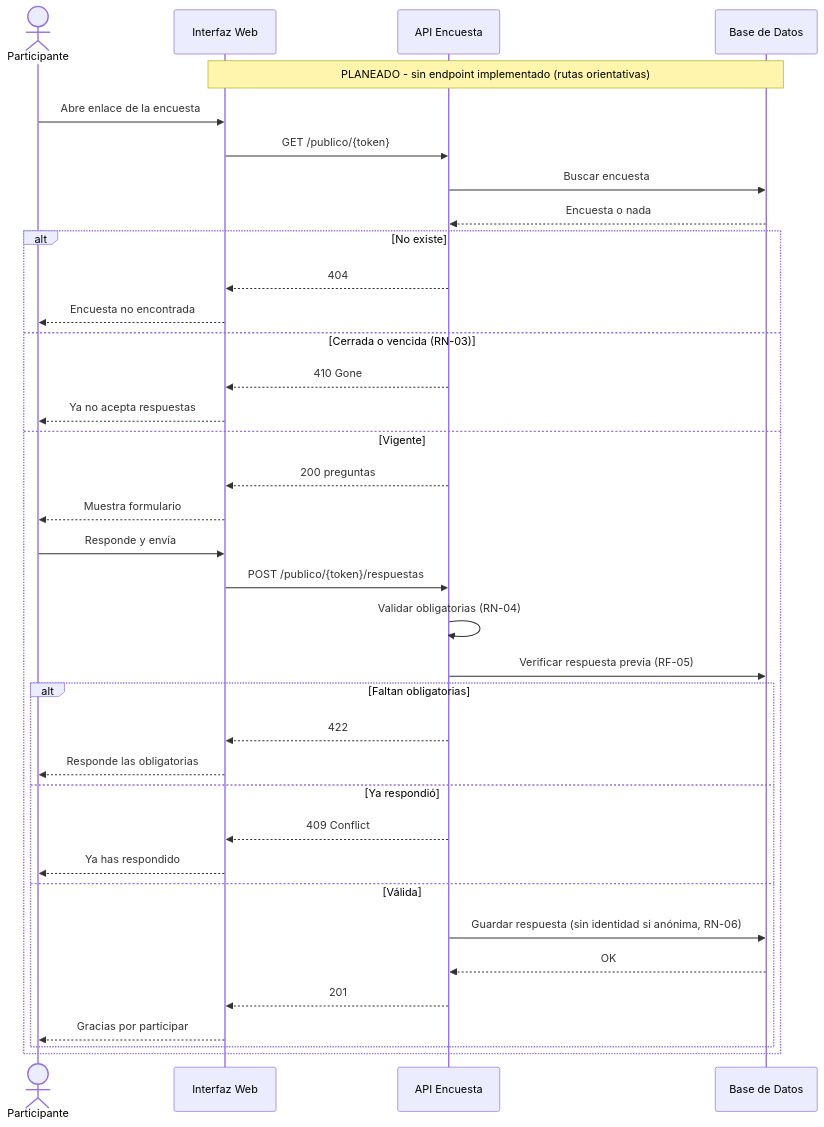
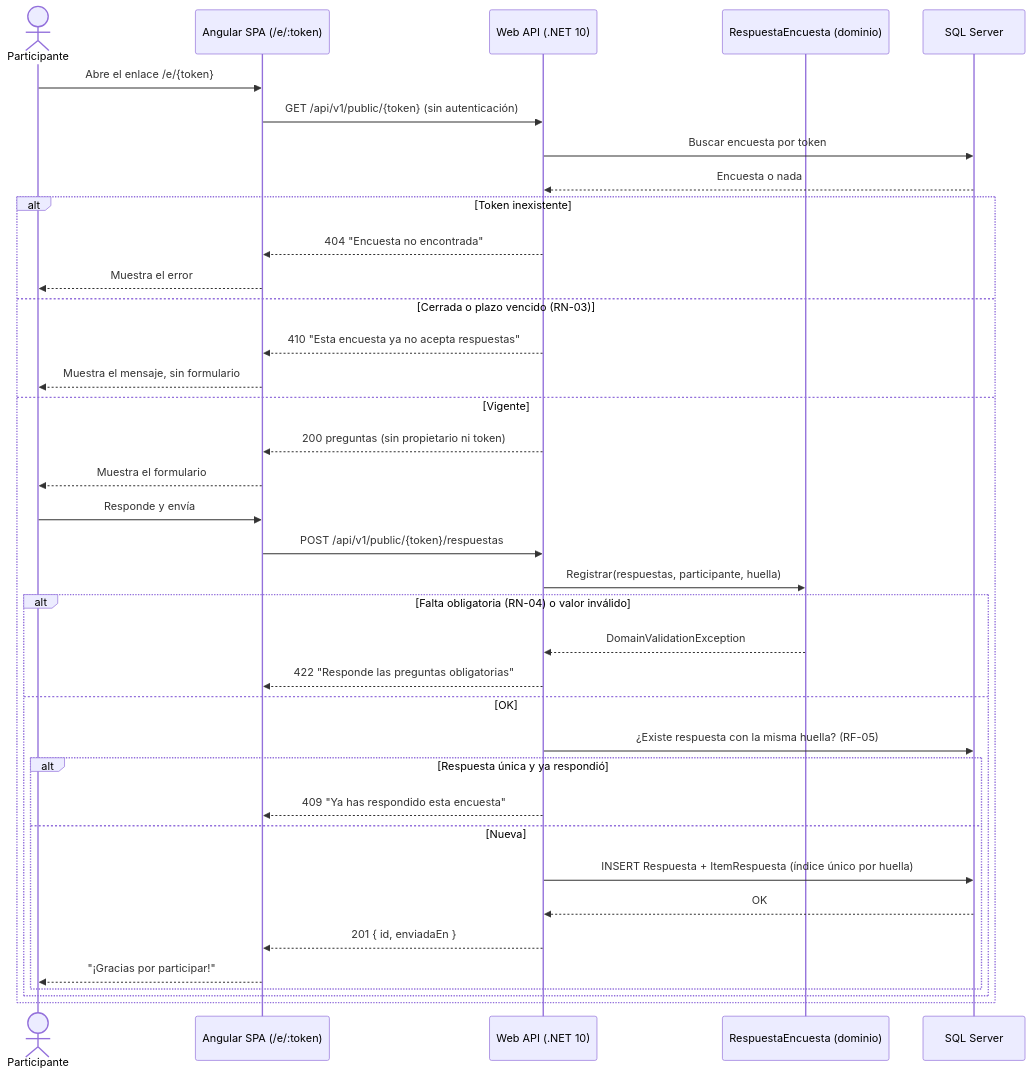
One commit to jhofran/Encuesta-Project-02 changed the diagram in docs/specs/functional/diagrams/03-responder-encuesta.mmd. Above: the diagram before and after it, drawn with Mermaid. The commit also changed 46 other files, not shown here.

```diff
--- a/docs/specs/functional/diagrams/03-responder-encuesta.mmd
+++ b/docs/specs/functional/diagrams/03-responder-encuesta.mmd
@@ -1,36 +1,37 @@
 sequenceDiagram
     actor P as Participante
-    participant UI as Interfaz Web
-    participant API as API Encuesta
-    participant DB as Base de Datos
-    Note over UI,DB: PLANEADO - sin endpoint implementado (rutas orientativas)
-    P->>UI: Abre enlace de la encuesta
-    UI->>API: GET /publico/{token}
-    API->>DB: Buscar encuesta
+    participant UI as Angular SPA (/e/:token)
+    participant API as Web API (.NET 10)
+    participant D as RespuestaEncuesta (dominio)
+    participant DB as SQL Server
+    P->>UI: Abre el enlace /e/{token}
+    UI->>API: GET /api/v1/public/{token} (sin autenticación)
+    API->>DB: Buscar encuesta por token
     DB-->>API: Encuesta o nada
-    alt No existe
-        API-->>UI: 404
-        UI-->>P: Encuesta no encontrada
-    else Cerrada o vencida (RN-03)
-        API-->>UI: 410 Gone
-        UI-->>P: Ya no acepta respuestas
+    alt Token inexistente
+        API-->>UI: 404 "Encuesta no encontrada"
+        UI-->>P: Muestra el error
+    else Cerrada o plazo vencido (RN-03)
+        API-->>UI: 410 "Esta encuesta ya no acepta respuestas"
+        UI-->>P: Muestra el mensaje, sin formulario
     else Vigente
-        API-->>UI: 200 preguntas
-        UI-->>P: Muestra formulario
+        API-->>UI: 200 preguntas (sin propietario ni token)
+        UI-->>P: Muestra el formulario
         P->>UI: Responde y envía
-        UI->>API: POST /publico/{token}/respuestas
-        API->>API: Validar obligatorias (RN-04)
-        API->>DB: Verificar respuesta previa (RF-05)
-        alt Faltan obligatorias
-            API-->>UI: 422
-            UI-->>P: Responde las obligatorias
-        else Ya respondió
-            API-->>UI: 409 Conflict
-            UI-->>P: Ya has respondido
-        else Válida
-            API->>DB: Guardar respuesta (sin identidad si anónima, RN-06)
-            DB-->>API: OK
-            API-->>UI: 201
-            UI-->>P: Gracias por participar
+        UI->>API: POST /api/v1/public/{token}/respuestas
+        API->>D: Registrar(respuestas, participante, huella)
+        alt Falta obligatoria (RN-04) o valor inválido
+            D-->>API: DomainValidationException
+            API-->>UI: 422 "Responde las preguntas obligatorias"
+        else OK
+            API->>DB: ¿Existe respuesta con la misma huella? (RF-05)
+            alt Respuesta única y ya respondió
+                API-->>UI: 409 "Ya has respondido esta encuesta"
+            else Nueva
+                API->>DB: INSERT Respuesta + ItemRespuesta (índice único por huella)
+                DB-->>API: OK
+                API-->>UI: 201 { id, enviadaEn }
+                UI-->>P: "¡Gracias por participar!"
+            end
         end
     end
```
